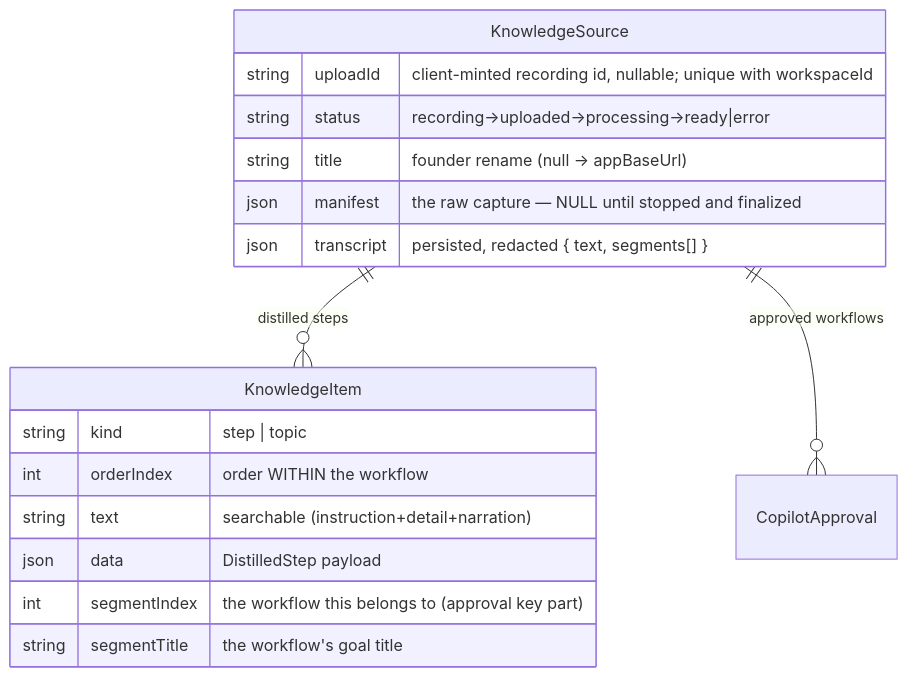
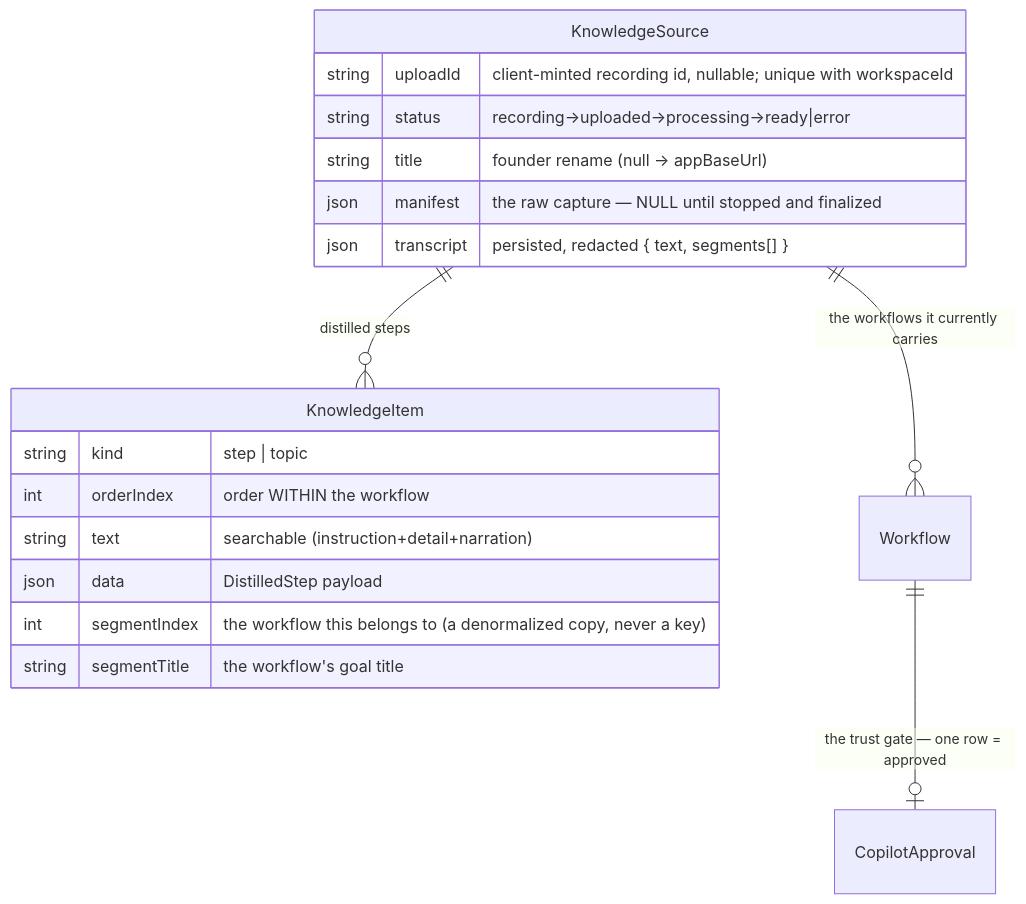
One commit to himanshu3553/flowbuddy changed the second of 2 diagrams in docs/internals/data.md. Above: the diagram before and after it, drawn with Mermaid. The commit also changed other lines of this file and 50 other files, not shown here.

````diff
--- a/docs/internals/data.md
+++ b/docs/internals/data.md
@@ -60,20 +60,21 @@
 ```mermaid
 erDiagram
     KnowledgeSource ||--o{ KnowledgeItem : "distilled steps"
-    KnowledgeSource ||--o{ CopilotApproval : "approved workflows"
+    KnowledgeSource ||--o{ Workflow : "the workflows it currently carries"
+    Workflow ||--o| CopilotApproval : "the trust gate — one row = approved"
     KnowledgeSource {
         string uploadId "client-minted recording id, nullable; unique with workspaceId"
         string status "recording→uploaded→processing→ready|error"
         string title "founder rename (null → appBaseUrl)"
         json manifest "the raw capture — NULL until stopped and finalized"
         json transcript "persisted, redacted { text, segments[] }"
     }
     KnowledgeItem {
         string kind "step | topic"
         int orderIndex "order WITHIN the workflow"
         string text "searchable (instruction+detail+narration)"
         json data "DistilledStep payload"
-        int segmentIndex "the workflow this belongs to (approval key part)"
+        int segmentIndex "the workflow this belongs to (a denormalized copy, never a key)"
         string segmentTitle "the workflow's goal title"
     }
 ```
````
